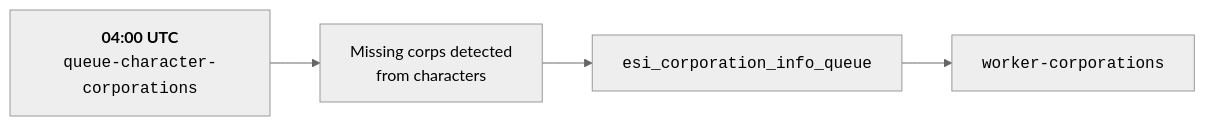
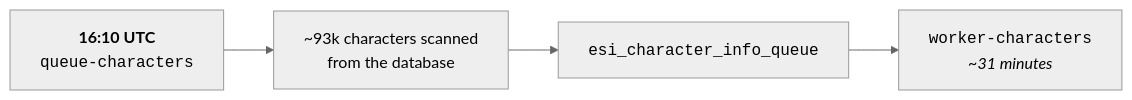
One commit to umutyerebakmaz/killreport changed the third of 4 diagrams in backend/docs/ops/pm2.md. Above: the diagram before and after it, drawn with Mermaid (neutral theme). The commit also changed other lines of this file and 3 other files, not shown here.

````diff
--- a/backend/docs/ops/pm2.md
+++ b/backend/docs/ops/pm2.md
@@ -778,4 +779,4 @@
 ```mermaid
 flowchart LR
-    T["<b>04:00 UTC</b><br/><code>queue-character-corporations</code>"] --> D["Missing corps detected<br/>from characters"] --> Q["<code>esi_corporation_info_queue</code>"] --> W["<code>worker-corporations</code>"]
+    T["<b>16:10 UTC</b><br/><code>queue-characters</code>"] --> S["~93k characters scanned<br/>from the database"] --> Q["<code>esi_character_info_queue</code>"] --> W["<code>worker-characters</code><br/><i>~31 minutes</i>"]
 ```
````
